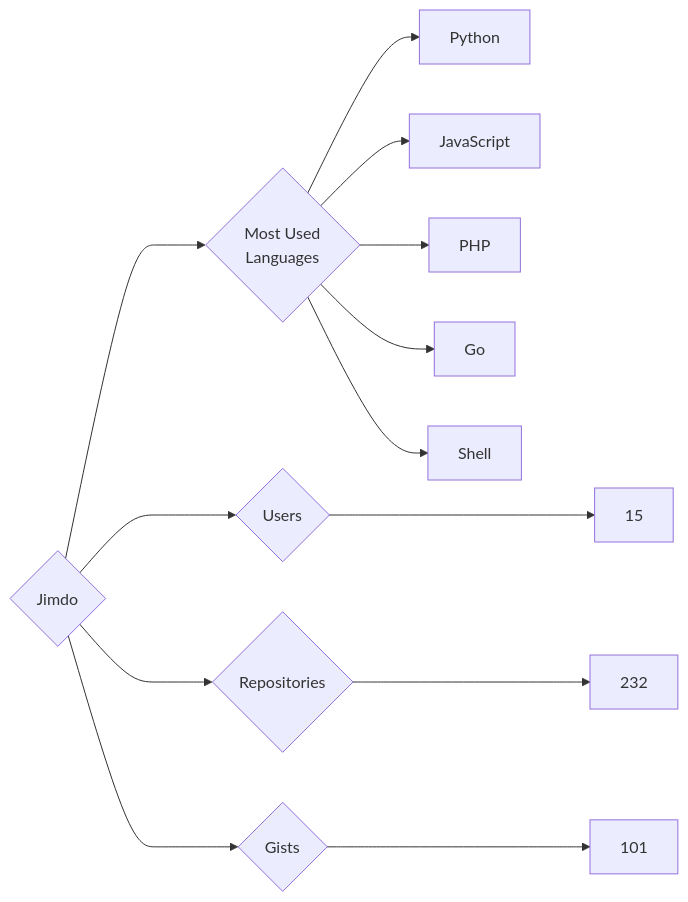
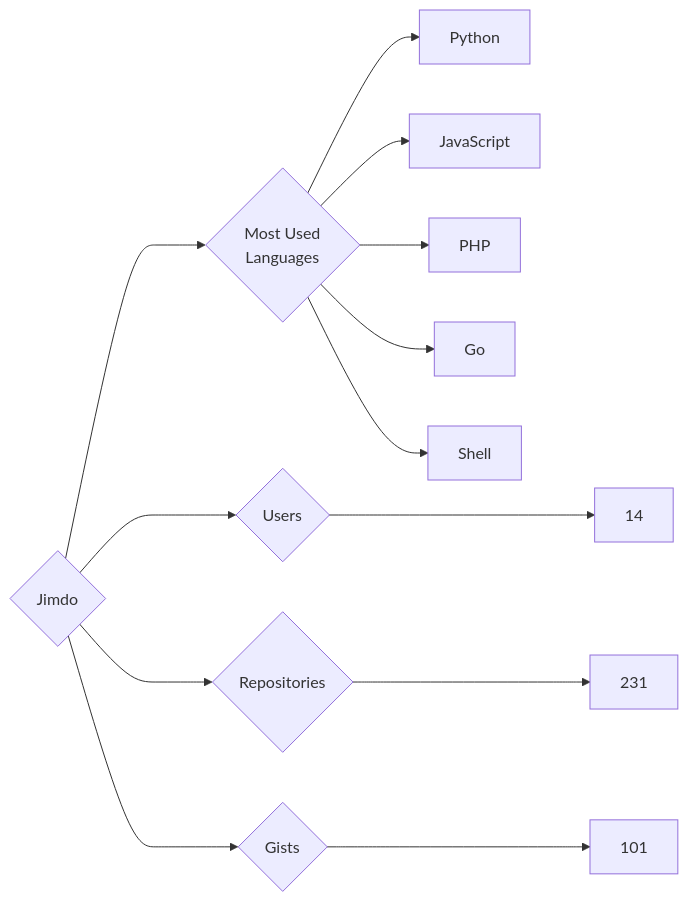
Before and after one commit to trickest/insiders: the diagram in targets/Jimdo/README.md, drawn with Mermaid. The commit also changed 736 other files, not shown here.

````diff
--- a/targets/Jimdo/README.md
+++ b/targets/Jimdo/README.md
@@ -3,13 +3,13 @@
 ```mermaid
 graph LR
 COMPANY_NAME{Jimdo}
-COMPANY_NAME ---> U{Users} ---> UN[15]
-COMPANY_NAME ---> R{Repositories} ---> RN[232]
+COMPANY_NAME ---> U{Users} ---> UN[14]
+COMPANY_NAME ---> R{Repositories} ---> RN[231]
 COMPANY_NAME ---> G{Gists} ---> GN[101]
 COMPANY_NAME ---> ML{Most Used<br>Languages}
 ML --> Python[Python]
 ML --> JavaScript[JavaScript]
 ML --> PHP[PHP]
 ML --> Go[Go]
 ML --> Shell[Shell]
 ```
````
